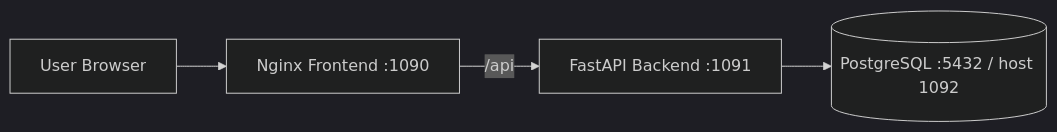
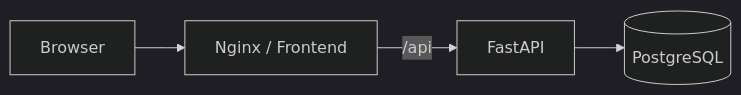
One commit to Shawn-csy/write_project changed the second of 2 diagrams in docs/product/architecture.md. Above: the diagram before and after it, drawn with Mermaid (dark theme). The commit also changed other lines of this file and 6 other files, not shown here.

````diff
--- a/docs/product/architecture.md
+++ b/docs/product/architecture.md
@@ -98,6 +75,6 @@
 ```mermaid
 flowchart LR
-  U[User Browser] --> N[Nginx Frontend :1090]
-  N -->|/api| B[FastAPI Backend :1091]
-  B --> P[(PostgreSQL :5432 / host 1092)]
+  U[Browser] --> N[Nginx / Frontend]
+  N -->|/api| A[FastAPI]
+  A --> P[(PostgreSQL)]
 ```
````
